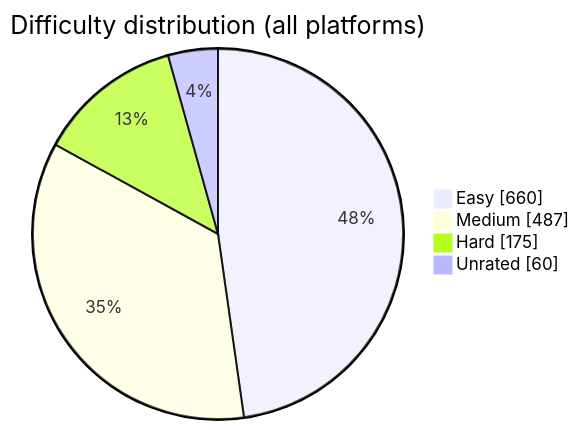
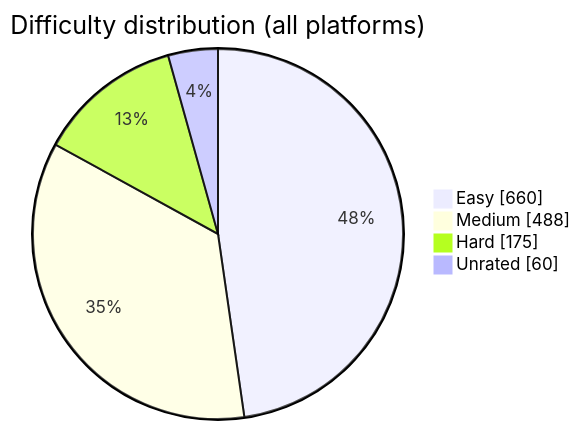
Before and after one commit to BuildbyArindam/Daily-Coding-Log: the diagram in README.md, drawn with Mermaid. The commit also changed other lines of this file, not shown here.

````diff
--- a/README.md
+++ b/README.md
@@ -93,7 +93,7 @@
 ```mermaid
 pie showData title Difficulty distribution (all platforms)
     "Easy" : 660
-    "Medium" : 487
+    "Medium" : 488
     "Hard" : 175
     "Unrated" : 60
 ```
````
